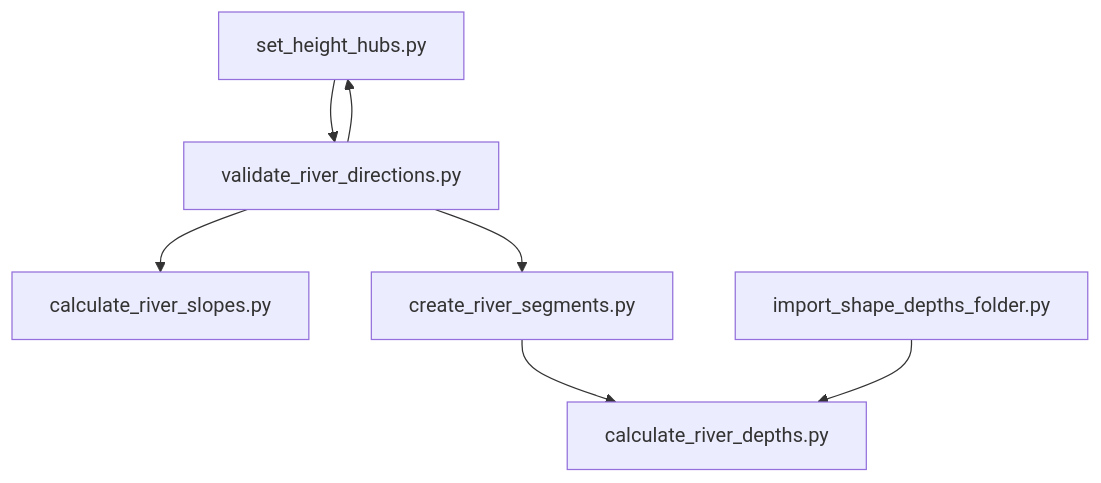
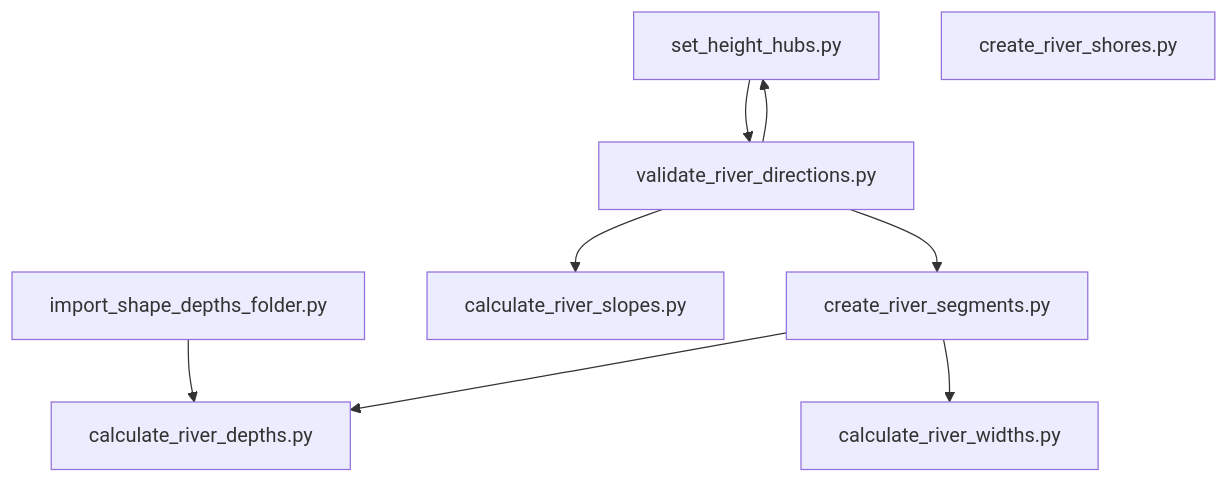
Before and after one commit to Simulation-of-Traffic-and-Transport/SiTT: the diagram in examples/README.md, drawn with Mermaid. The commit also changed other lines of this file and 1 other file, not shown here.

Commit message:
WIP: Calculate river widths by finding the closest point and an opposite one within a certain angle.

````diff
--- a/examples/README.md
+++ b/examples/README.md
@@ -53,15 +57,18 @@
 ```mermaid
 flowchart TB
     
+IMPORT_DEPTHS[import_shape_depths_folder.py]
 HUBS[set_height_hubs.py]
 VALIDATE[validate_river_directions.py]
 SLOPES[calculate_river_slopes.py]
 SEGMENTS[create_river_segments.py]
-IMPORT_DEPTHS[import_shape_depths_folder.py]
 DEPTHS[calculate_river_depths.py]
+SHORES[create_river_shores.py]
+WIDTHS[calculate_river_widths.py]
 
 HUBS --> VALIDATE --> SLOPES
 VALIDATE --> HUBS
 VALIDATE --> SEGMENTS-->DEPTHS
 IMPORT_DEPTHS-->DEPTHS
+SEGMENTS --> WIDTHS
 ```
````
